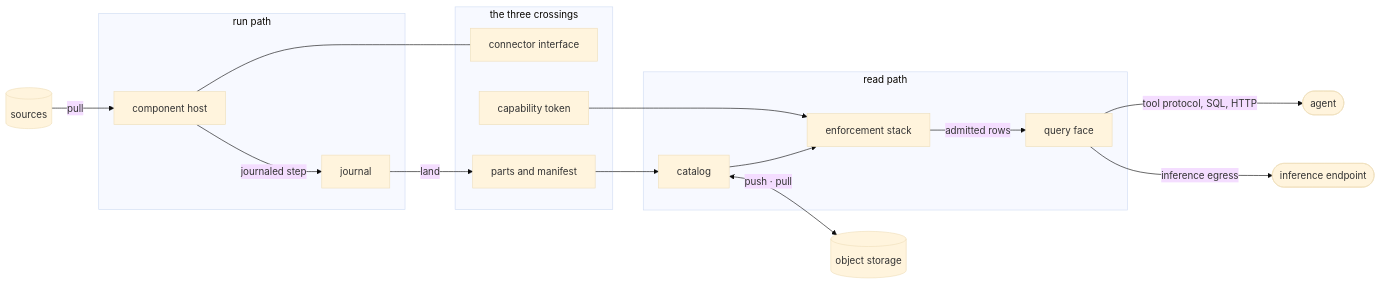
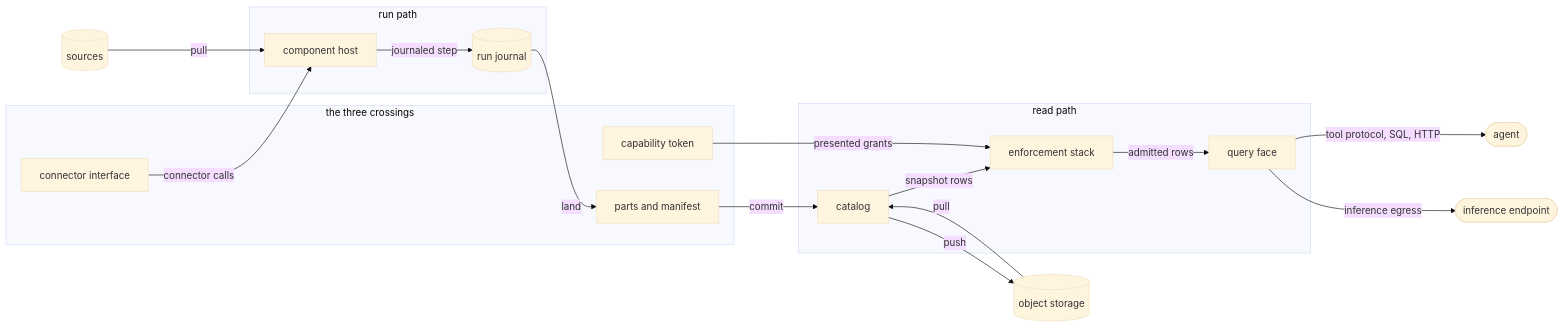
The first of 5 diagrams in spec/01-topology.md (fractalboxdev/contextful), drawn with Mermaid (base theme) before and after one commit. The commit also changed other lines of this file and 31 other files, not shown here.

First line of the commit message:
spec: every diagram draws things as nodes and what flows as labelled edges

````diff
--- a/spec/01-topology.md
+++ b/spec/01-topology.md
@@ -23,29 +23,30 @@
 ```mermaid
 flowchart LR
   SRC[("sources")]
   BUCKET[("object storage")]
   CALLER(["agent"])
   MODEL(["inference endpoint"])
 
   subgraph RUNP["run path"]
-    HOST["component host"] -- "journaled step" --> JOURNAL["journal"]
+    HOST["component host"] -- "journaled step" --> JOURNAL[("run journal")]
   end
 
   subgraph CROSS["the three crossings"]
     X1["connector interface"]
     X2["parts and manifest"]
     X3["capability token"]
   end
 
   subgraph READP["read path"]
-    STORE["catalog"] --> ENF["enforcement stack"] -- "admitted rows" --> FACE["query face"]
+    STORE["catalog"] -- "snapshot rows" --> ENF["enforcement stack"] -- "admitted rows" --> FACE["query face"]
   end
 
   SRC -- "pull" --> HOST
-  HOST --- X1
-  JOURNAL -- "land" --> X2 --> STORE
-  X3 --> ENF
-  STORE <-- "push · pull" --> BUCKET
+  X1 -- "connector calls" --> HOST
+  JOURNAL -- "land" --> X2 -- "commit" --> STORE
+  X3 -- "presented grants" --> ENF
+  STORE -- "push" --> BUCKET
+  BUCKET -- "pull" --> STORE
   FACE -- "tool protocol, SQL, HTTP" --> CALLER
   FACE -- "inference egress" --> MODEL
 ```
````
